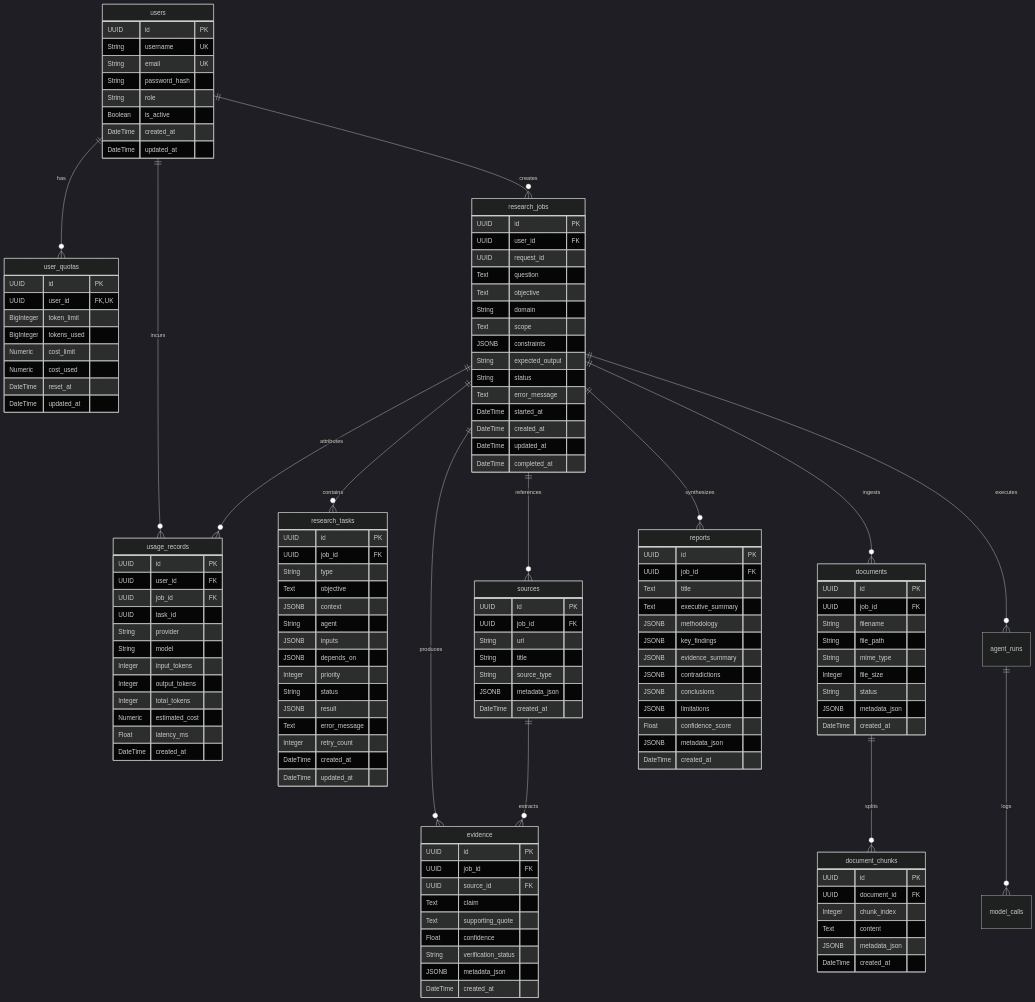
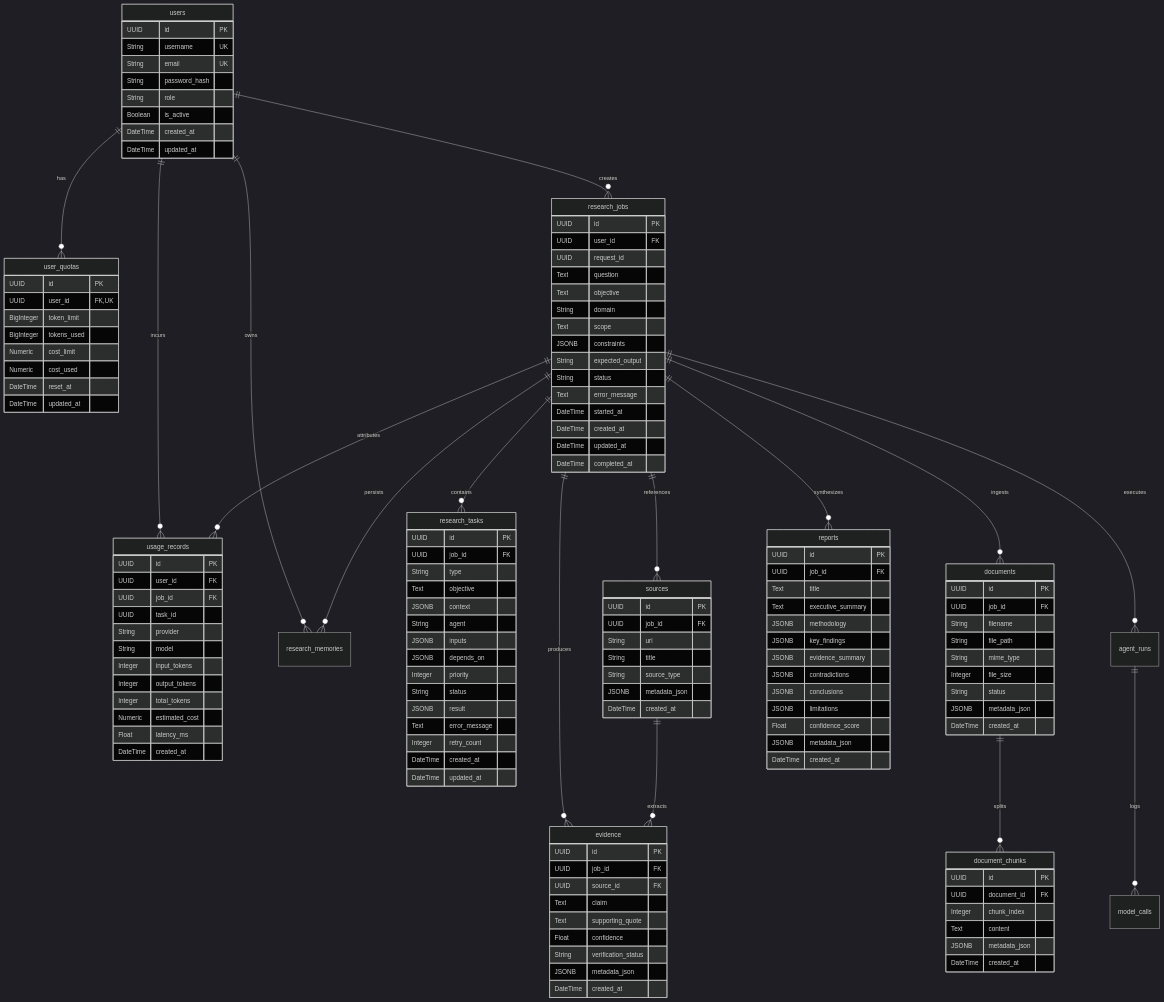
The diagram in docs/backend-schema.md (Om-Talaviya/agentic-multimodal-research-platform), drawn with Mermaid (dark theme) before and after one commit. The commit also changed other lines of this file and 40 other files, not shown here.

```diff
--- a/docs/backend-schema.md
+++ b/docs/backend-schema.md
@@ -11,6 +11,7 @@
     users ||--o{ user_quotas : has
     users ||--o{ usage_records : incurs
     users ||--o{ research_jobs : creates
+    users ||--o{ research_memories : owns
     
     research_jobs ||--o{ research_tasks : contains
     research_jobs ||--o{ sources : references
@@ -19,6 +20,7 @@
     research_jobs ||--o{ reports : synthesizes
     research_jobs ||--o{ agent_runs : executes
     research_jobs ||--o{ usage_records : attributes
+    research_jobs ||--o{ research_memories : persists
 
     sources ||--o{ evidence : extracts
     documents ||--o{ document_chunks : splits
```
